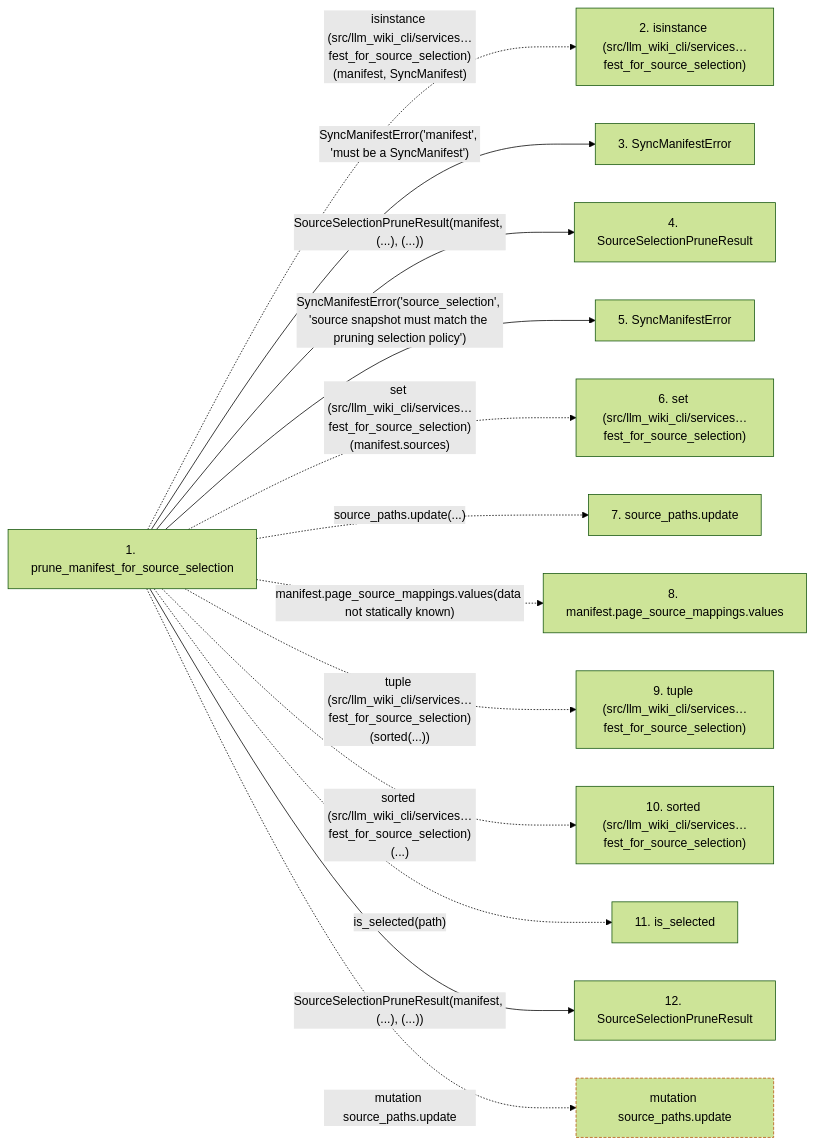
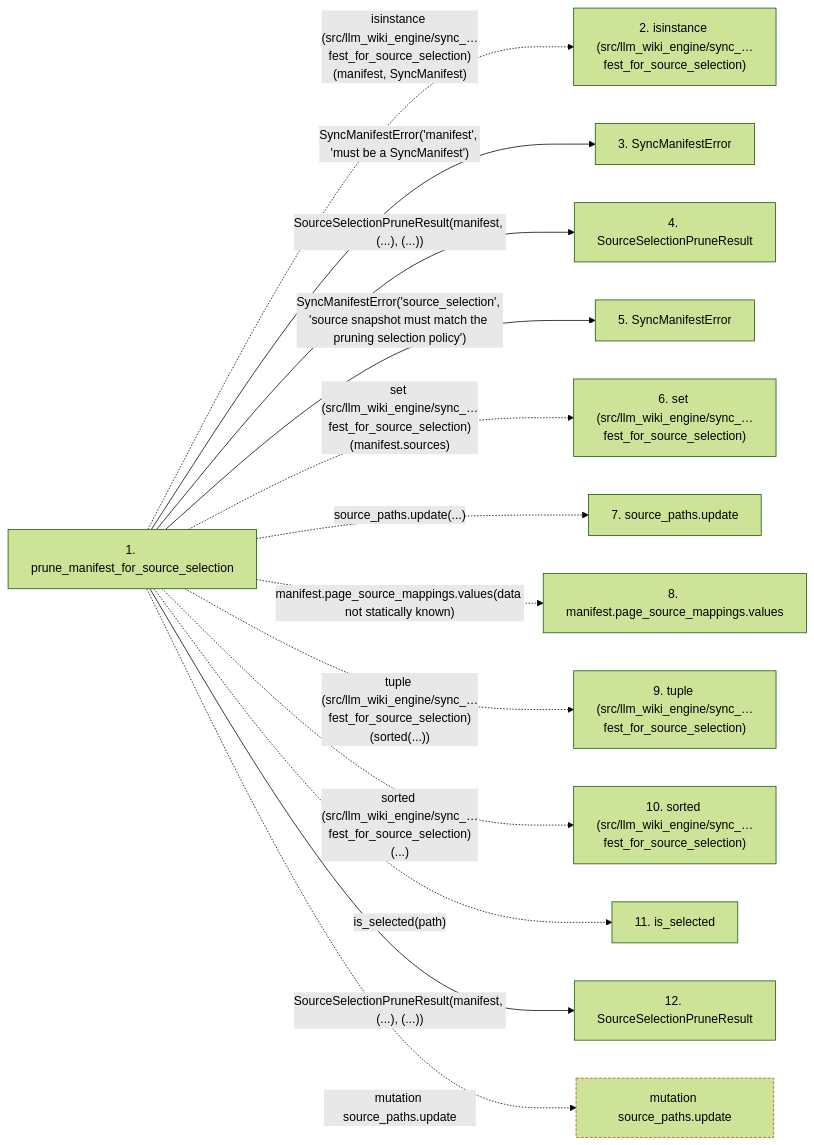
One commit to Denissvgn/python-wiki-llm changed the second of 2 diagrams in docs/llm_wiki/flows/api-prune_manifest_for_source_selection.md. Above: the diagram before and after it, drawn with Mermaid (forest theme). The commit also changed other lines of this file and 1058 other files, not shown here.

````diff
--- a/docs/llm_wiki/flows/api-prune_manifest_for_source_selection.md
+++ b/docs/llm_wiki/flows/api-prune_manifest_for_source_selection.md
@@ -128,35 +128,35 @@
 ```mermaid
 flowchart LR
     s1["1. prune_manifest_for_source_selection"]
-    s2["2. isinstance (src/llm_wiki_cli/services…fest_for_source_selection)"]
+    s2["2. isinstance (src/llm_wiki_engine/sync_…fest_for_source_selection)"]
     s3["3. SyncManifestError"]
     s4["4. SourceSelectionPruneResult"]
     s5["5. SyncManifestError"]
-    s6["6. set (src/llm_wiki_cli/services…fest_for_source_selection)"]
+    s6["6. set (src/llm_wiki_engine/sync_…fest_for_source_selection)"]
     s7["7. source_paths.update"]
     s8["8. manifest.page_source_mappings.values"]
-    s9["9. tuple (src/llm_wiki_cli/services…fest_for_source_selection)"]
-    s10["10. sorted (src/llm_wiki_cli/services…fest_for_source_selection)"]
+    s9["9. tuple (src/llm_wiki_engine/sync_…fest_for_source_selection)"]
+    s10["10. sorted (src/llm_wiki_engine/sync_…fest_for_source_selection)"]
     s11["11. is_selected"]
     s12["12. SourceSelectionPruneResult"]
-    s1 -. "isinstance (src/llm_wiki_cli/services…fest_for_source_selection)(manifest, SyncManifest)" .-> s2
+    s1 -. "isinstance (src/llm_wiki_engine/sync_…fest_for_source_selection)(manifest, SyncManifest)" .-> s2
     s1 -->|"SyncManifestError('manifest', 'must be a SyncManifest')"| s3
     s1 -->|"SourceSelectionPruneResult(manifest, (...), (...))"| s4
     s1 -->|"SyncManifestError('source_selection', 'source snapshot must match the pruning selection policy')"| s5
-    s1 -. "set (src/llm_wiki_cli/services…fest_for_source_selection)(manifest.sources)" .-> s6
+    s1 -. "set (src/llm_wiki_engine/sync_…fest_for_source_selection)(manifest.sources)" .-> s6
     s1 -. "source_paths.update(...)" .-> s7
     s1 -. "manifest.page_source_mappings.values(data not statically known)" .-> s8
-    s1 -. "tuple (src/llm_wiki_cli/services…fest_for_source_selection)(sorted(...))" .-> s9
-    s1 -. "sorted (src/llm_wiki_cli/services…fest_for_source_selection)(...)" .-> s10
+    s1 -. "tuple (src/llm_wiki_engine/sync_…fest_for_source_selection)(sorted(...))" .-> s9
+    s1 -. "sorted (src/llm_wiki_engine/sync_…fest_for_source_selection)(...)" .-> s10
     s1 -. "is_selected(path)" .-> s11
     s1 -->|"SourceSelectionPruneResult(manifest, (...), (...))"| s12
     b0["mutation source_paths.update"]
     s1 -. "mutation source_paths.update" .-> b0
     click s1 "../modules/sync_manifest.md"
     click s3 "../modules/sync_manifest.md"
     click s4 "../modules/sync_manifest.md"
     click s5 "../modules/sync_manifest.md"
     click s12 "../modules/sync_manifest.md"
     classDef boundary stroke:#b45309,stroke-dasharray: 4 2
     class b0 boundary
 ```
````
